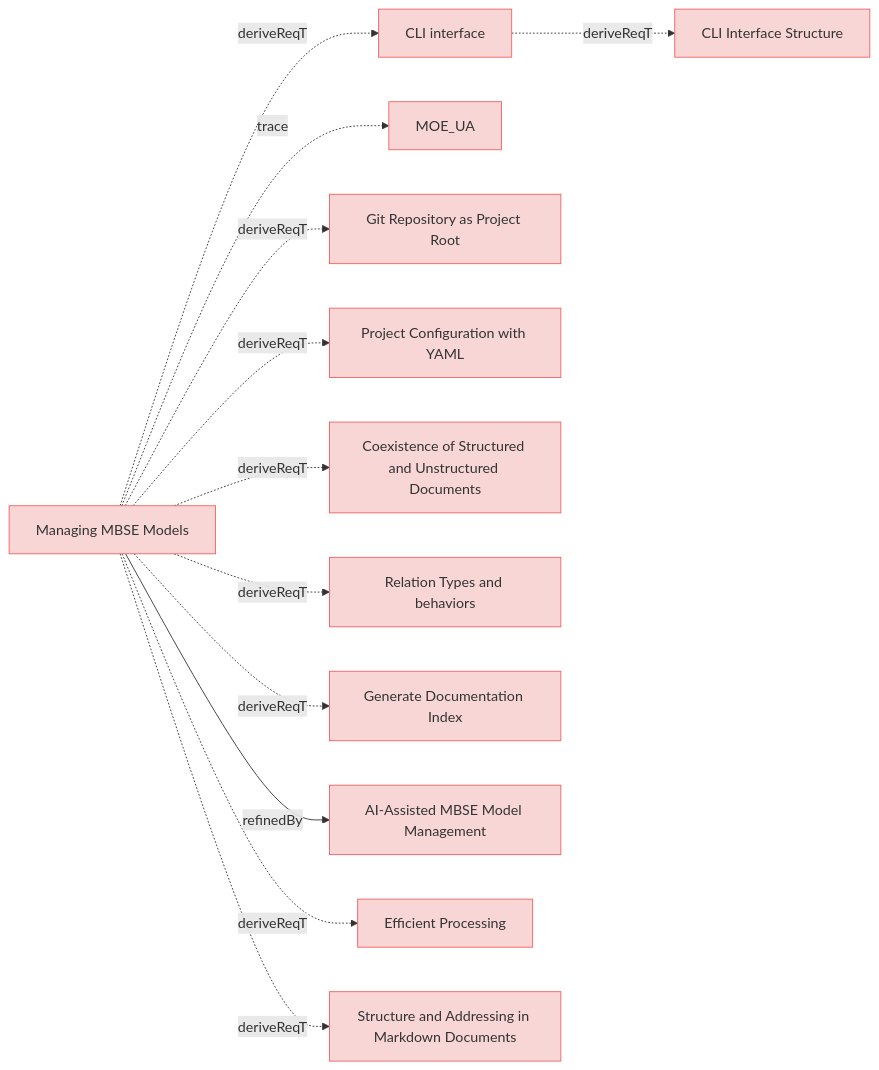
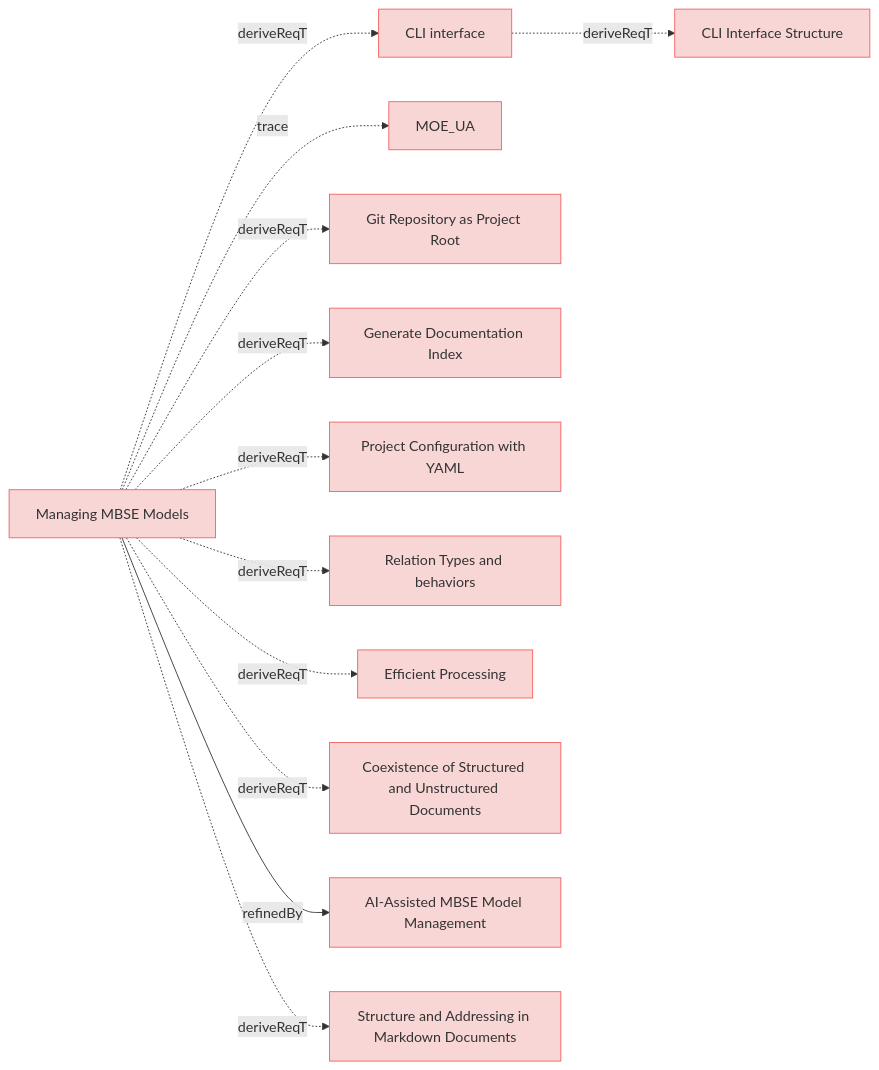
One commit to reqvire-org/reqvire changed the ninth of 9 diagrams in specifications/UserRequirements.md. Above: the diagram before and after it, drawn with Mermaid. The commit also changed other lines of this file and 18 other files, not shown here.

Commit message:
Updated diagrams

````diff
--- a/specifications/UserRequirements.md
+++ b/specifications/UserRequirements.md
@@ -1041,57 +1065,57 @@
 ```mermaid
 graph LR;
   %% REQVIRE-AUTOGENERATED-DIAGRAM
   %% Graph styling
   classDef requirement fill:#f9d6d6,stroke:#f55f5f,stroke-width:1px;
   classDef verification fill:#d6f9d6,stroke:#5fd75f,stroke-width:1px;
   classDef externalLink fill:#d0e0ff,stroke:#3080ff,stroke-width:1px;
   classDef default fill:#f5f5f5,stroke:#333333,stroke-width:1px;
 
   f28849d46c19af44["CLI interface"];
   class f28849d46c19af44 requirement;
   click f28849d46c19af44 "UserRequirements.md#cli-interface";
   8f22faacdb454b23["CLI Interface Structure"];
   class 8f22faacdb454b23 requirement;
   click 8f22faacdb454b23 "SystemRequirements/Requirements.md#cli-interface-structure";
   f28849d46c19af44 -.->|deriveReqT| 8f22faacdb454b23;
   e61b7c1baa89bfc6["Managing MBSE Models"];
   class e61b7c1baa89bfc6 requirement;
   click e61b7c1baa89bfc6 "UserStories.md#managing-mbse-models";
   2c5f30f14e792200["MOE_UA"];
   class 2c5f30f14e792200 requirement;
   click 2c5f30f14e792200 "MOEs.md#moe_ua";
   e61b7c1baa89bfc6 -.->|trace| 2c5f30f14e792200;
   649d72765b13e14f["Git Repository as Project Root"];
   class 649d72765b13e14f requirement;
   click 649d72765b13e14f "ManagingMbseModelsRequirements.md#git-repository-as-project-root";
   e61b7c1baa89bfc6 -.->|deriveReqT| 649d72765b13e14f;
+  c2b6c74b77726ad9["Generate Documentation Index"];
+  class c2b6c74b77726ad9 requirement;
+  click c2b6c74b77726ad9 "UserRequirements.md#generate-documentation-index";
+  e61b7c1baa89bfc6 -.->|deriveReqT| c2b6c74b77726ad9;
   16b4b380c917deb1["Project Configuration with YAML"];
   class 16b4b380c917deb1 requirement;
   click 16b4b380c917deb1 "ManagingMbseModelsRequirements.md#project-configuration-with-yaml";
   e61b7c1baa89bfc6 -.->|deriveReqT| 16b4b380c917deb1;
+  551906d5c51d91d9["Relation Types and behaviors"];
+  class 551906d5c51d91d9 requirement;
+  click 551906d5c51d91d9 "SpecificationsRequirements.md#relation-types-and-behaviors";
+  e61b7c1baa89bfc6 -.->|deriveReqT| 551906d5c51d91d9;
+  d193d11c43776bec["Efficient Processing"];
+  class d193d11c43776bec requirement;
+  click d193d11c43776bec "ManagingMbseModelsRequirements.md#efficient-processing";
+  e61b7c1baa89bfc6 -.->|deriveReqT| d193d11c43776bec;
   f0d721424636370e["Coexistence of Structured and Unstructured Documents"];
   class f0d721424636370e requirement;
   click f0d721424636370e "ManagingMbseModelsRequirements.md#coexistence-of-structured-and-unstructured-documents";
   e61b7c1baa89bfc6 -.->|deriveReqT| f0d721424636370e;
-  551906d5c51d91d9["Relation Types and behaviors"];
-  class 551906d5c51d91d9 requirement;
-  click 551906d5c51d91d9 "SpecificationsRequirements.md#relation-types-and-behaviors";
-  e61b7c1baa89bfc6 -.->|deriveReqT| 551906d5c51d91d9;
-  e61b7c1baa89bfc6 -.->|deriveReqT| f28849d46c19af44;
-  c2b6c74b77726ad9["Generate Documentation Index"];
-  class c2b6c74b77726ad9 requirement;
-  click c2b6c74b77726ad9 "UserRequirements.md#generate-documentation-index";
-  e61b7c1baa89bfc6 -.->|deriveReqT| c2b6c74b77726ad9;
   cd2d5dab49985ca2["AI-Assisted MBSE Model Management"];
   class cd2d5dab49985ca2 requirement;
   click cd2d5dab49985ca2 "UserStories.md#ai-assisted-mbse-model-management";
   e61b7c1baa89bfc6 -->|refinedBy| cd2d5dab49985ca2;
-  d193d11c43776bec["Efficient Processing"];
-  class d193d11c43776bec requirement;
-  click d193d11c43776bec "ManagingMbseModelsRequirements.md#efficient-processing";
-  e61b7c1baa89bfc6 -.->|deriveReqT| d193d11c43776bec;
   ade67c27bc5d3bbd["Structure and Addressing in Markdown Documents"];
   class ade67c27bc5d3bbd requirement;
   click ade67c27bc5d3bbd "SpecificationsRequirements.md#structure-and-addressing-in-markdown-documents";
   e61b7c1baa89bfc6 -.->|deriveReqT| ade67c27bc5d3bbd;
+  e61b7c1baa89bfc6 -.->|deriveReqT| f28849d46c19af44;
 ```
````
